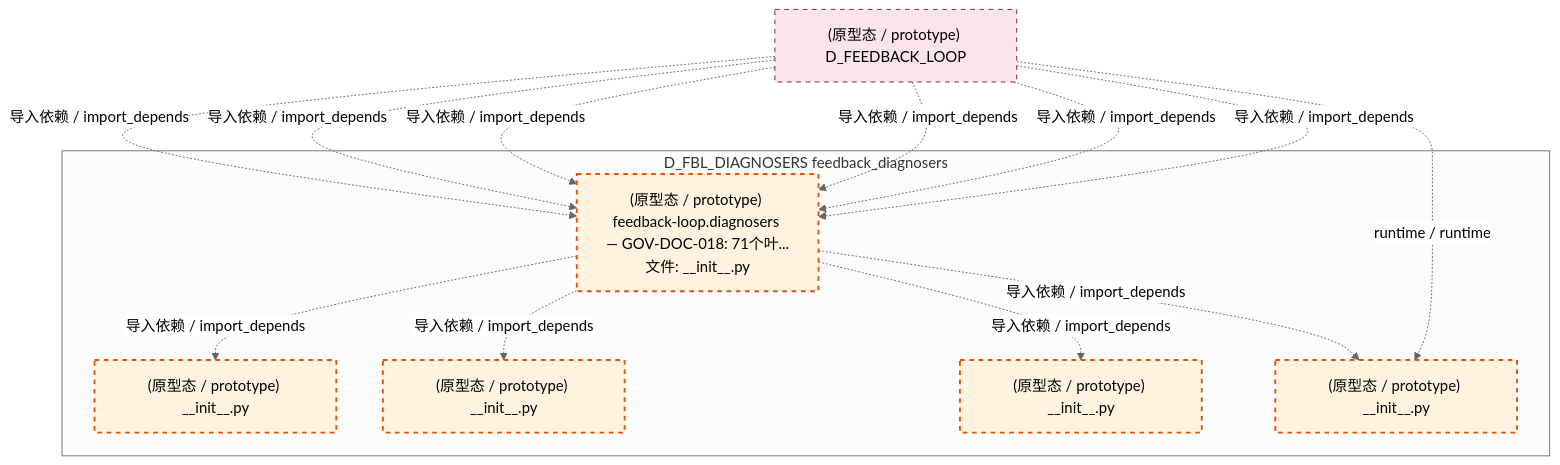
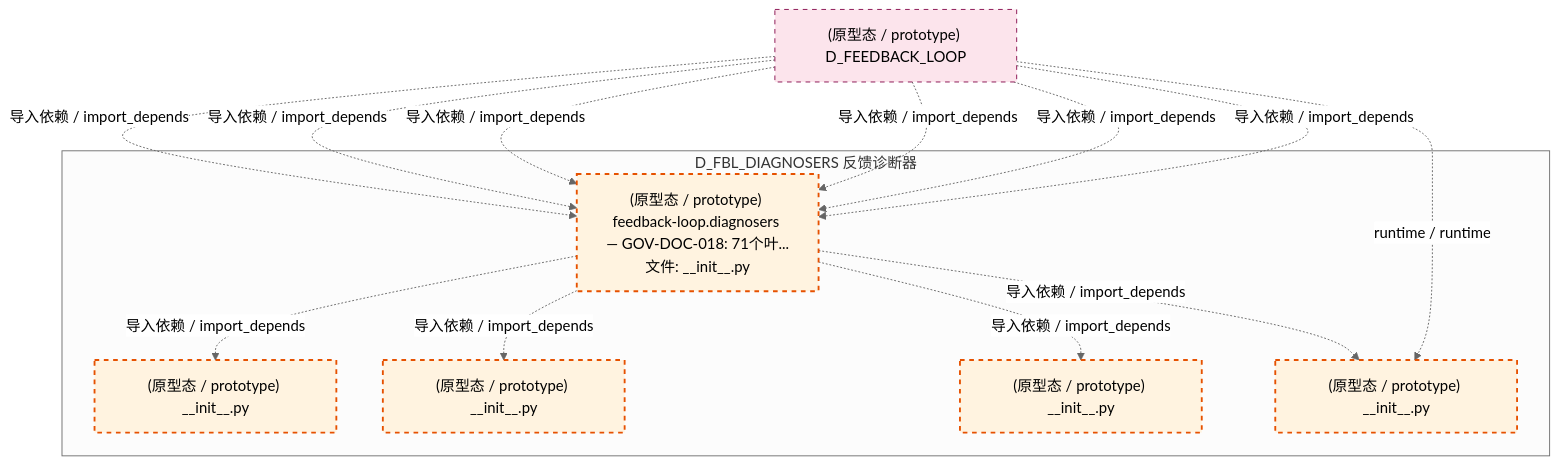
The fifth of 6 diagrams in docs/02_enterprise_architecture/02_domain_architecture_docs/12_d_fbl_diagnosers.md (xuanFelixVan/ZephyrAlpha), drawn with Mermaid (neutral theme) before and after one commit. The commit also changed other lines of this file and 112 other files, not shown here.

````diff
--- a/docs/02_enterprise_architecture/02_domain_architecture_docs/12_d_fbl_diagnosers.md
+++ b/docs/02_enterprise_architecture/02_domain_architecture_docs/12_d_fbl_diagnosers.md
@@ -374,28 +374,28 @@
 ```mermaid
 graph TD
-    subgraph D_FBL_DIAGNOSERS["D_FBL_DIAGNOSERS feedback_diagnosers"]
+    subgraph D_FBL_DIAGNOSERS["D_FBL_DIAGNOSERS 反馈诊断器"]
         src_zephyr_feedback_loop_diagnosers_init_py["(原型态 / prototype) feedback-loop.diagnosers — GOV-DOC-018: 71个叶...<br/>文件: __init__.py"]
         src_zephyr_feedback_loop_diagnosers_cognitive_init_py["(原型态 / prototype) __init__.py"]
         src_zephyr_feedback_loop_diagnosers_diagnosis_init_py["(原型态 / prototype) __init__.py"]
         src_zephyr_feedback_loop_diagnosers_health_init_py["(原型态 / prototype) __init__.py"]
         src_zephyr_feedback_loop_diagnosers_reliability_init_py["(原型态 / prototype) __init__.py"]
     end
     src_zephyr_feedback_loop_diagnosers_init_py -.->|导入依赖 / import_depends| src_zephyr_feedback_loop_diagnosers_reliability_init_py
     src_zephyr_feedback_loop_diagnosers_init_py -.->|导入依赖 / import_depends| src_zephyr_feedback_loop_diagnosers_health_init_py
     src_zephyr_feedback_loop_diagnosers_init_py -.->|导入依赖 / import_depends| src_zephyr_feedback_loop_diagnosers_diagnosis_init_py
     src_zephyr_feedback_loop_diagnosers_init_py -.->|导入依赖 / import_depends| src_zephyr_feedback_loop_diagnosers_cognitive_init_py
     D_FEEDBACK_LOOP["(原型态 / prototype) D_FEEDBACK_LOOP"]
     D_FEEDBACK_LOOP -.->|runtime / runtime| src_zephyr_feedback_loop_diagnosers_reliability_init_py
     D_FEEDBACK_LOOP -.->|导入依赖 / import_depends| src_zephyr_feedback_loop_diagnosers_init_py
     D_FEEDBACK_LOOP -.->|导入依赖 / import_depends| src_zephyr_feedback_loop_diagnosers_init_py
     D_FEEDBACK_LOOP -.->|导入依赖 / import_depends| src_zephyr_feedback_loop_diagnosers_init_py
     D_FEEDBACK_LOOP -.->|导入依赖 / import_depends| src_zephyr_feedback_loop_diagnosers_init_py
     D_FEEDBACK_LOOP -.->|导入依赖 / import_depends| src_zephyr_feedback_loop_diagnosers_init_py
     D_FEEDBACK_LOOP -.->|导入依赖 / import_depends| src_zephyr_feedback_loop_diagnosers_init_py
     classDef production fill:#e1f5fe,stroke:#01579b,stroke-width:2px,color:#000
     classDef design fill:#fff3e0,stroke:#e65100,stroke-width:2px,color:#000,stroke-dasharray: 5 5
     classDef external_prod fill:#e8f5e9,stroke:#1b5e20,stroke-width:1px,color:#000
     classDef external_design fill:#fce4ec,stroke:#880e4f,stroke-width:1px,color:#000,stroke-dasharray: 5 5
     class src_zephyr_feedback_loop_diagnosers_init_py,src_zephyr_feedback_loop_diagnosers_cognitive_init_py,src_zephyr_feedback_loop_diagnosers_diagnosis_init_py,src_zephyr_feedback_loop_diagnosers_health_init_py,src_zephyr_feedback_loop_diagnosers_reliability_init_py design
     class D_FEEDBACK_LOOP external_design
 ```
````
